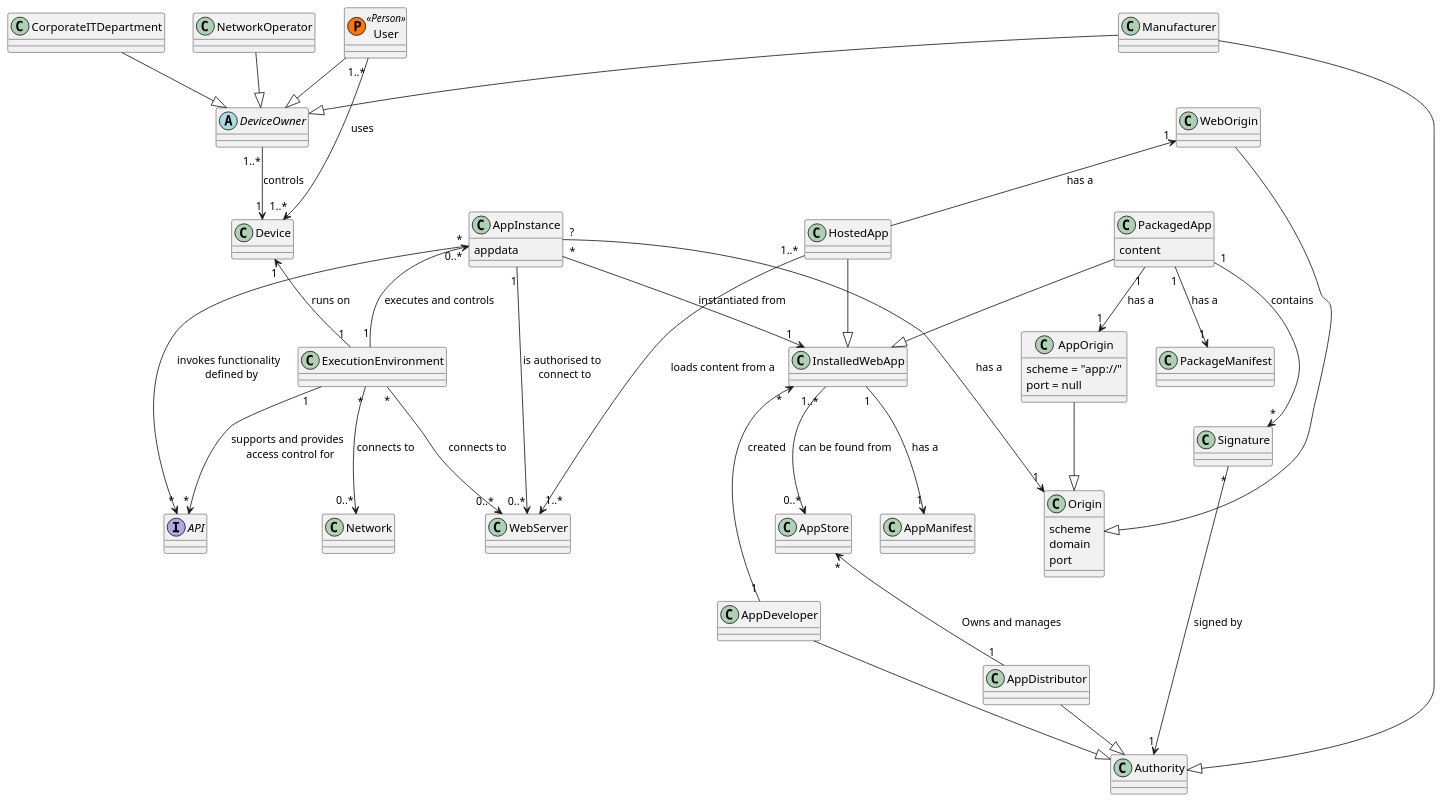
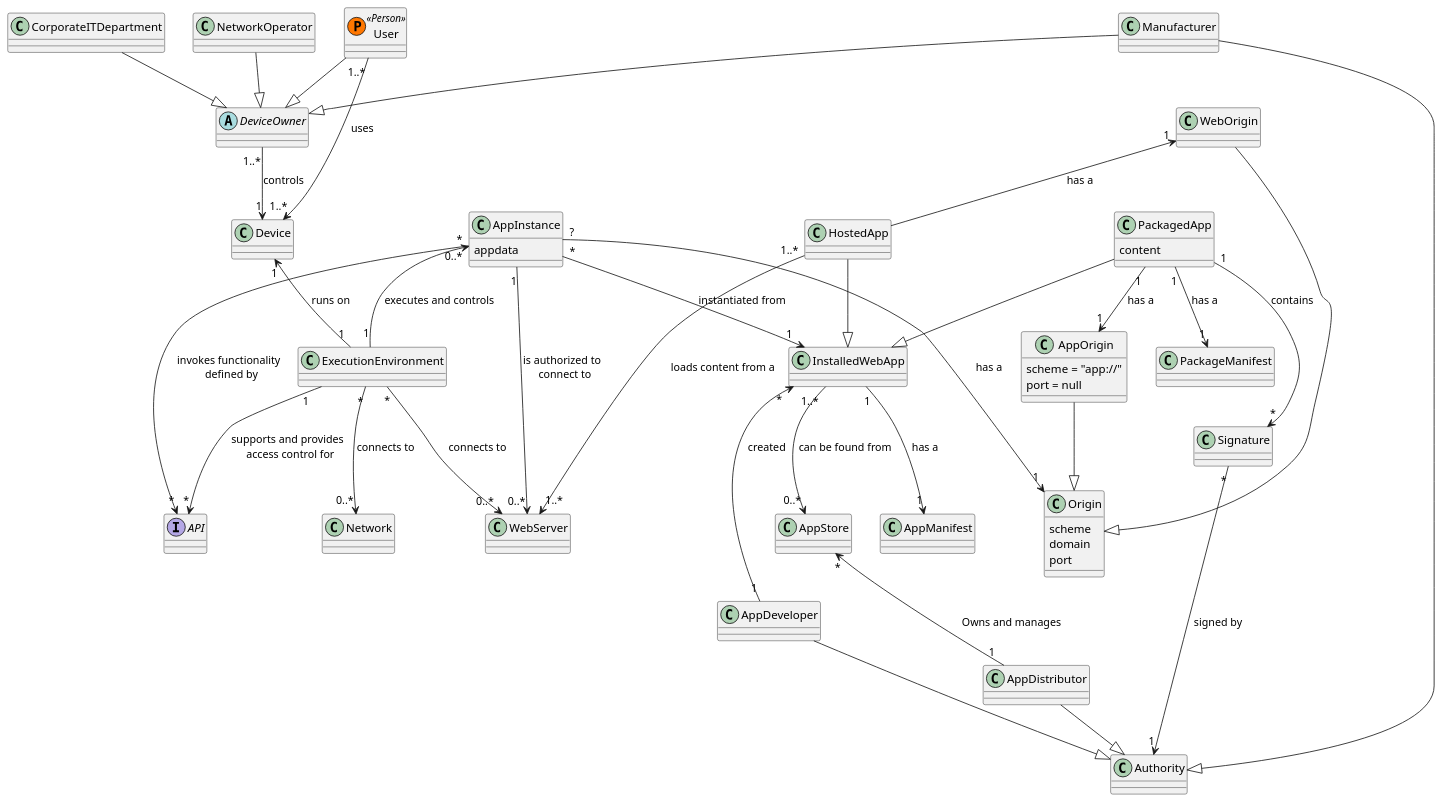
One commit to sysapps/notes changed the diagram in security-requirements/security-model-concept-map.plantuml. Above: the diagram before and after it, drawn with PlantUML. The commit also changed 1 other file, not shown here.

```diff
--- a/security-requirements/security-model-concept-map.plantuml
+++ b/security-requirements/security-model-concept-map.plantuml
@@ -1,110 +1,110 @@
 @startuml security-model-concept-map.png
 
 class User << (P,#FF7700) Person >>
 
 abstract class DeviceOwner {
 
 }
 
 class CorporateITDepartment {
 
 }
 
 class Device { 
 
 }
 
 class ExecutionEnvironment {
 
 }
 
 class AppInstance {
     appdata
 }
 
 class PackagedApp {
     content
 }
 
 class InstalledWebApp {
 
 }
 
 class AppManifest {
 
 }
 
 class PackageManifest {
 
 }
 
 class HostedApp {
 
 }
 
 class Network {
 
 }
 
 class WebServer {
     
 }
 
 class AppStore {
 
 }
 
 class Origin {
     scheme
     domain
     port
 }
 
 class AppOrigin {
 	scheme = "app://"
 	port = null
 }
 
 
 interface API {
 
 }
 
 User                  "1..*"  --> "1..*"  Device                 : uses
 DeviceOwner           "1..*"  --> "1"     Device                 : controls
 User                          --|>        DeviceOwner            
 NetworkOperator               --|>        DeviceOwner            
 Manufacturer                  --|>        DeviceOwner  
 CorporateITDepartment         --|>        DeviceOwner  
 Device                "1"     <-- "1"     ExecutionEnvironment   : runs on
 AppInstance           "0..*"  <-- "1"     ExecutionEnvironment   : executes and controls
 ExecutionEnvironment  "1"     --> "*"     API                    : supports and provides \n access control for
 AppInstance           "*"     --> "*"     API                    : invokes functionality \n defined by
 ExecutionEnvironment  "*"     --> "0..*"  Network                : connects to
 ExecutionEnvironment  "*"     --> "0..*"  WebServer              : connects to
-AppInstance           "1"     --> "0..*"  WebServer              : is authorised to \n connect to
+AppInstance           "1"     --> "0..*"  WebServer              : is authorized to \n connect to
 AppInstance           "*"     --> "1"     InstalledWebApp        : instantiated from
 PackagedApp                   --|>        InstalledWebApp
 HostedApp                     --|>        InstalledWebApp
 AppInstance           "?"     --> "1"     Origin                 : has a
 WebOrigin             "1"     <--         HostedApp              : has a
 WebOrigin                     --|>        Origin
 AppOrigin                     --|>        Origin
 HostedApp             "1..*"  --> "1..*"  WebServer              : loads content from a
 
 PackagedApp           "1"     --> "1"     AppOrigin              : has a
 PackagedApp           "1"     --> "1"     PackageManifest        : has a
 InstalledWebApp       "1"     --> "1"     AppManifest            : has a
 
 PackagedApp           "1"     --> "*"     Signature              : contains
 Signature             "*"     --> "1"     Authority              : signed by
 
 AppDeveloper                  --|>        Authority
 Manufacturer	              --|>        Authority
 AppDistributor                --|>        Authority
 
 InstalledWebApp       "*"     <-- "1"     AppDeveloper           : created
 InstalledWebApp       "1..*"  --> "0..*"  AppStore               : can be found from
 AppStore              "*"     <-- "1"     AppDistributor         : Owns and manages
 
 @enduml
```
